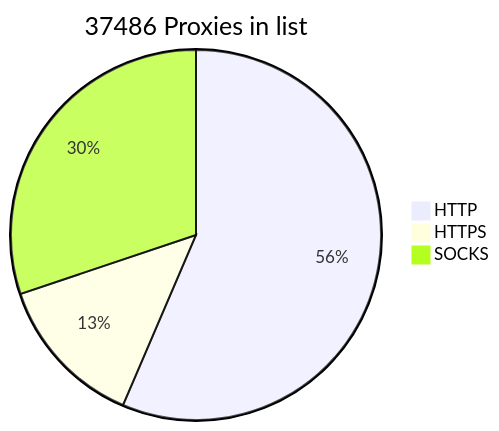
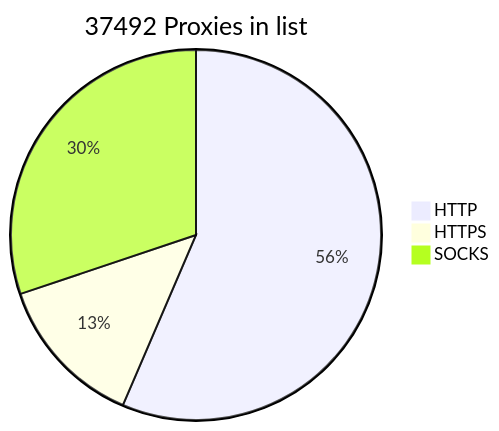
The diagram in README.md (BlackSnowDot/proxylist-update-every-minute), drawn with Mermaid before and after one commit.

````diff
--- a/README.md
+++ b/README.md
@@ -2,6 +2,6 @@
 ```mermaid
-pie title 37486 Proxies in list
-    "HTTP" : 23556
+pie title 37492 Proxies in list
+    "HTTP" : 23562
     "HTTPS": 5589
     "SOCKS" : 12583
 ```
````
